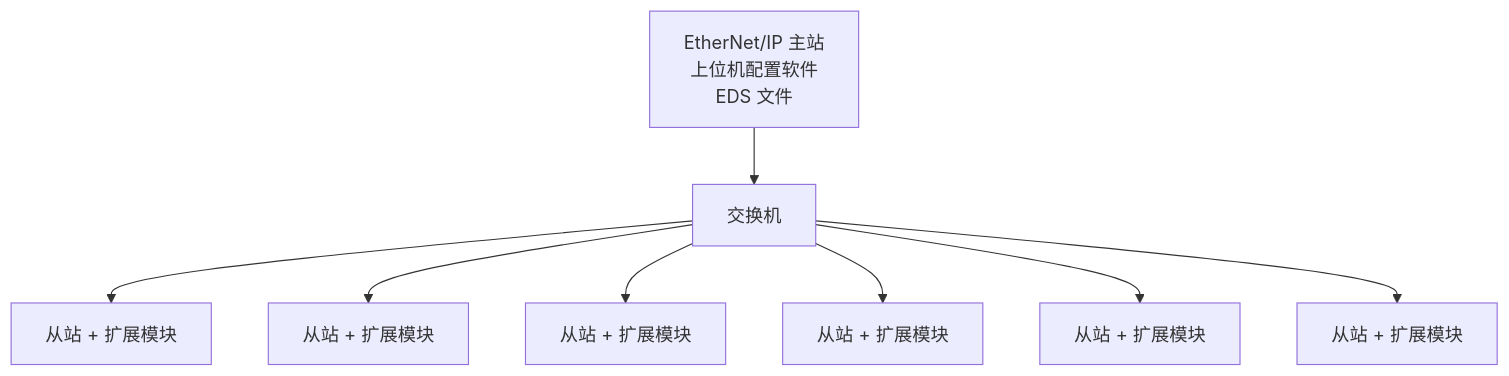
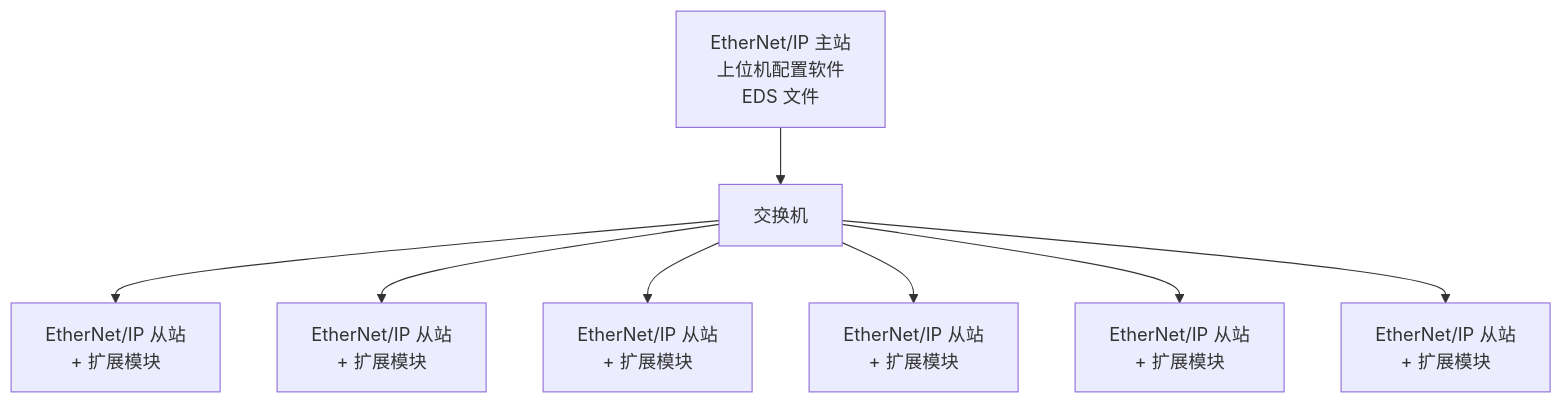
One commit to XiaomeiTech/XiaomeiTech.github.io changed the second of 4 diagrams in markdown/remoteIO/Bus-intro/EIPbus-intro.md. Above: the diagram before and after it, drawn with Mermaid. The commit also changed other lines of this file and 2 other files, not shown here.

Commit message:
为 EtherCAT、EtherNet/IP 和 PROFINET 文档添加示意图，增强网络拓扑示例的可视化效果

````diff
--- a/markdown/remoteIO/Bus-intro/EIPbus-intro.md
+++ b/markdown/remoteIO/Bus-intro/EIPbus-intro.md
@@ -70,10 +70,10 @@
 ```mermaid
 graph TB
     A[EtherNet/IP 主站<br/>上位机配置软件<br/>EDS 文件] --> SW[交换机]
-    SW --> B[从站 + 扩展模块]
-    SW --> C[从站 + 扩展模块]
-    SW --> D[从站 + 扩展模块]
-    SW --> E[从站 + 扩展模块]
-    SW --> F[从站 + 扩展模块]
-    SW --> G[从站 + 扩展模块]
+    SW --> B[EtherNet/IP 从站<br/>+ 扩展模块]
+    SW --> C[EtherNet/IP 从站<br/>+ 扩展模块]
+    SW --> D[EtherNet/IP 从站<br/>+ 扩展模块]
+    SW --> E[EtherNet/IP 从站<br/>+ 扩展模块]
+    SW --> F[EtherNet/IP 从站<br/>+ 扩展模块]
+    SW --> G[EtherNet/IP 从站<br/>+ 扩展模块]
 ```
````
